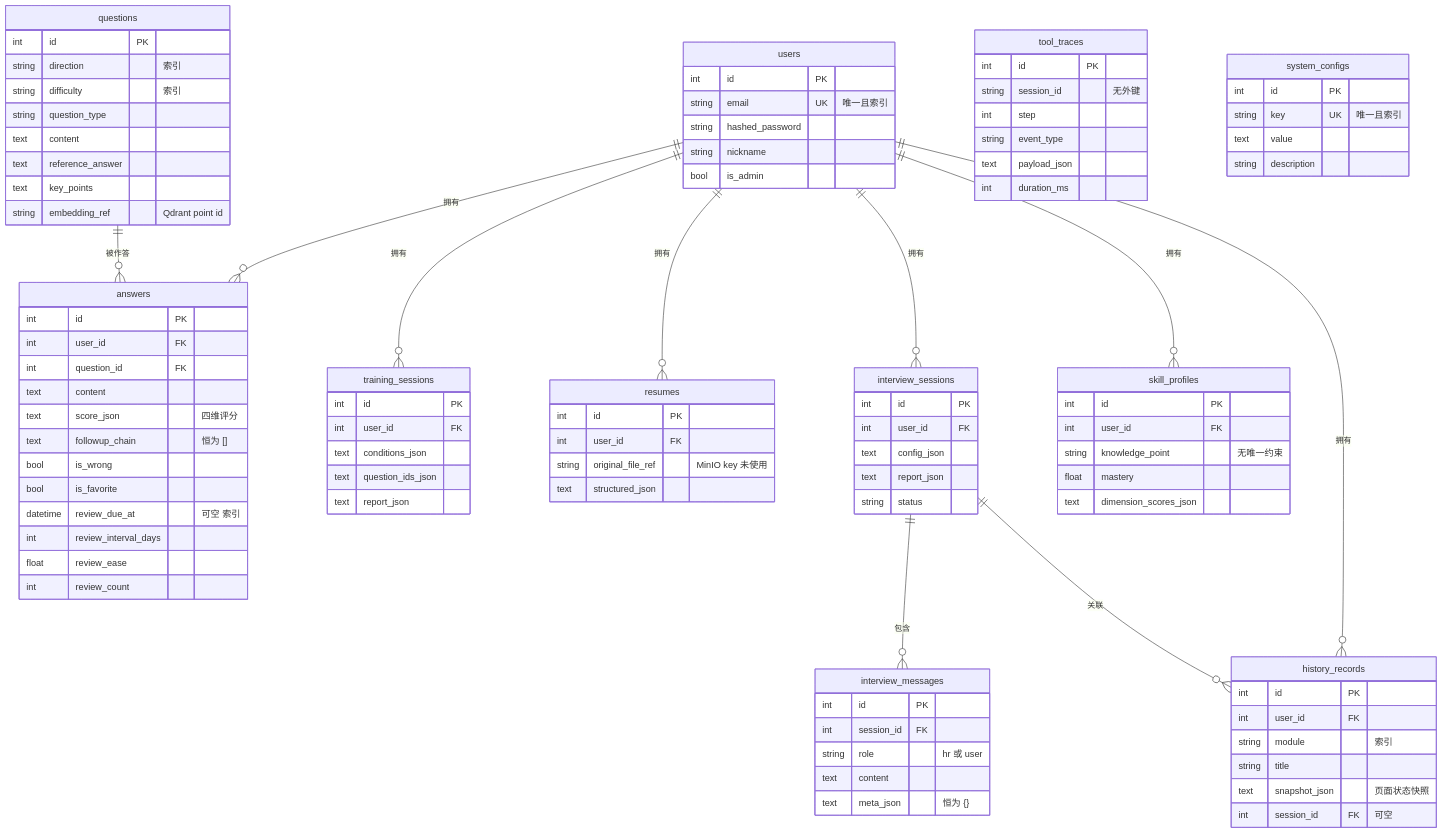
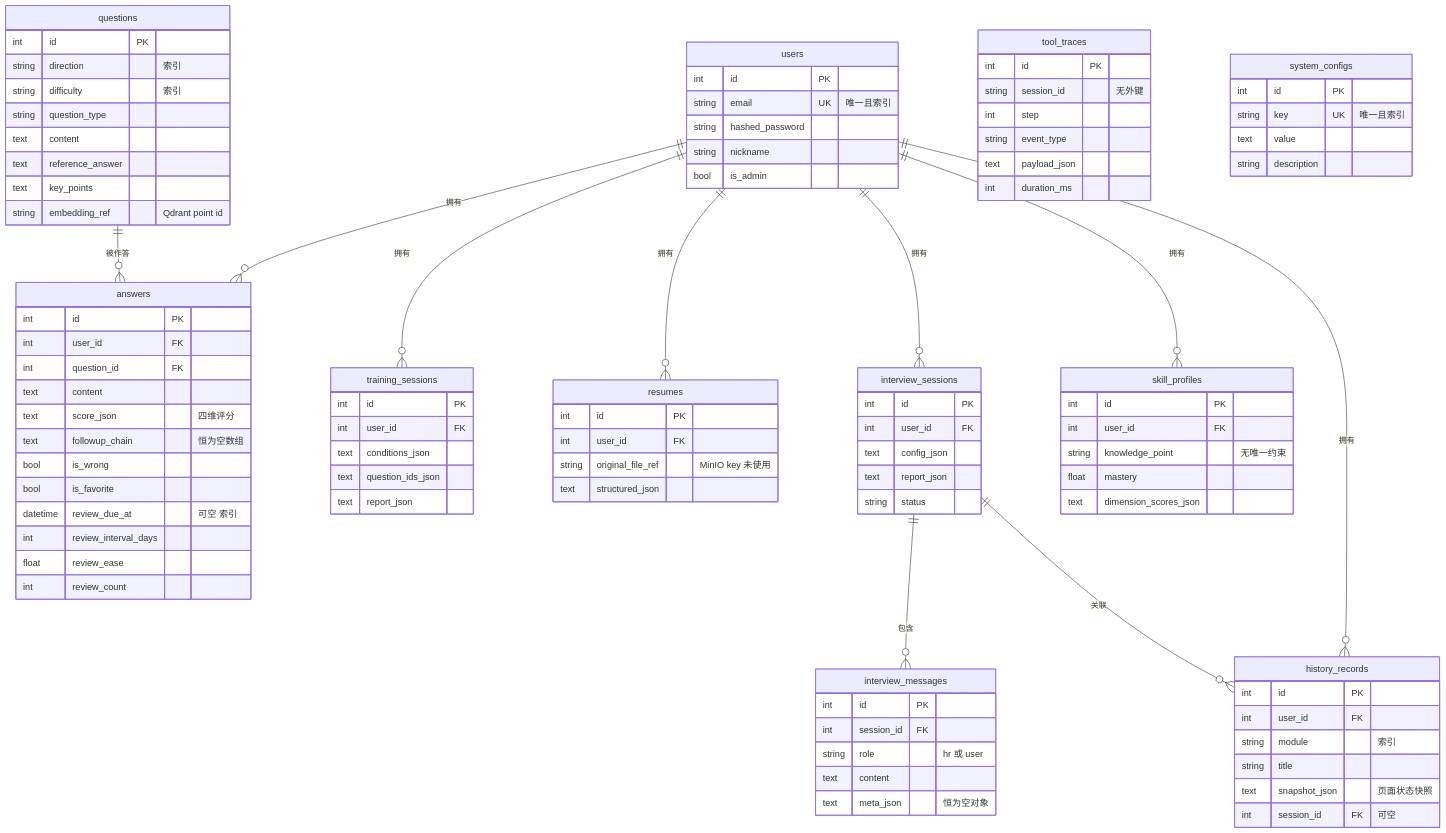
Before and after one commit to Gamesome666/OfferMind-: the diagram in docs/04-数据模型设计.md, drawn with Mermaid. The commit also changed 38 other files, not shown here.

```diff
--- a/docs/04-数据模型设计.md
+++ b/docs/04-数据模型设计.md
@@ -41,7 +41,7 @@
         int question_id FK
         text content
         text score_json "四维评分"
-        text followup_chain "恒为 []"
+        text followup_chain "恒为空数组"
         bool is_wrong
         bool is_favorite
         datetime review_due_at "可空 索引"
@@ -82,7 +82,7 @@
         int session_id FK
         string role "hr 或 user"
         text content
-        text meta_json "恒为 {}"
+        text meta_json "恒为空对象"
     }
     skill_profiles {
         int id PK
```
